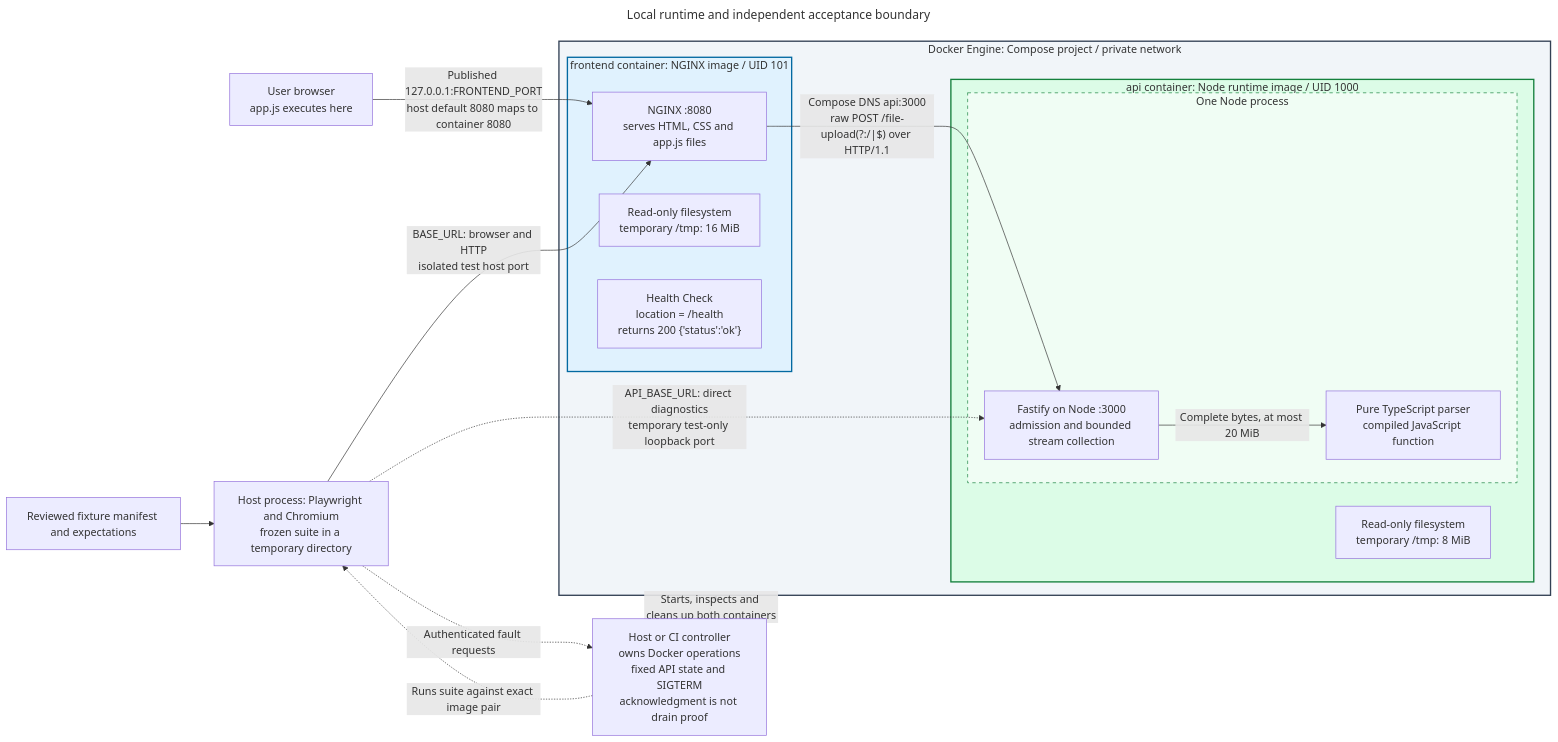
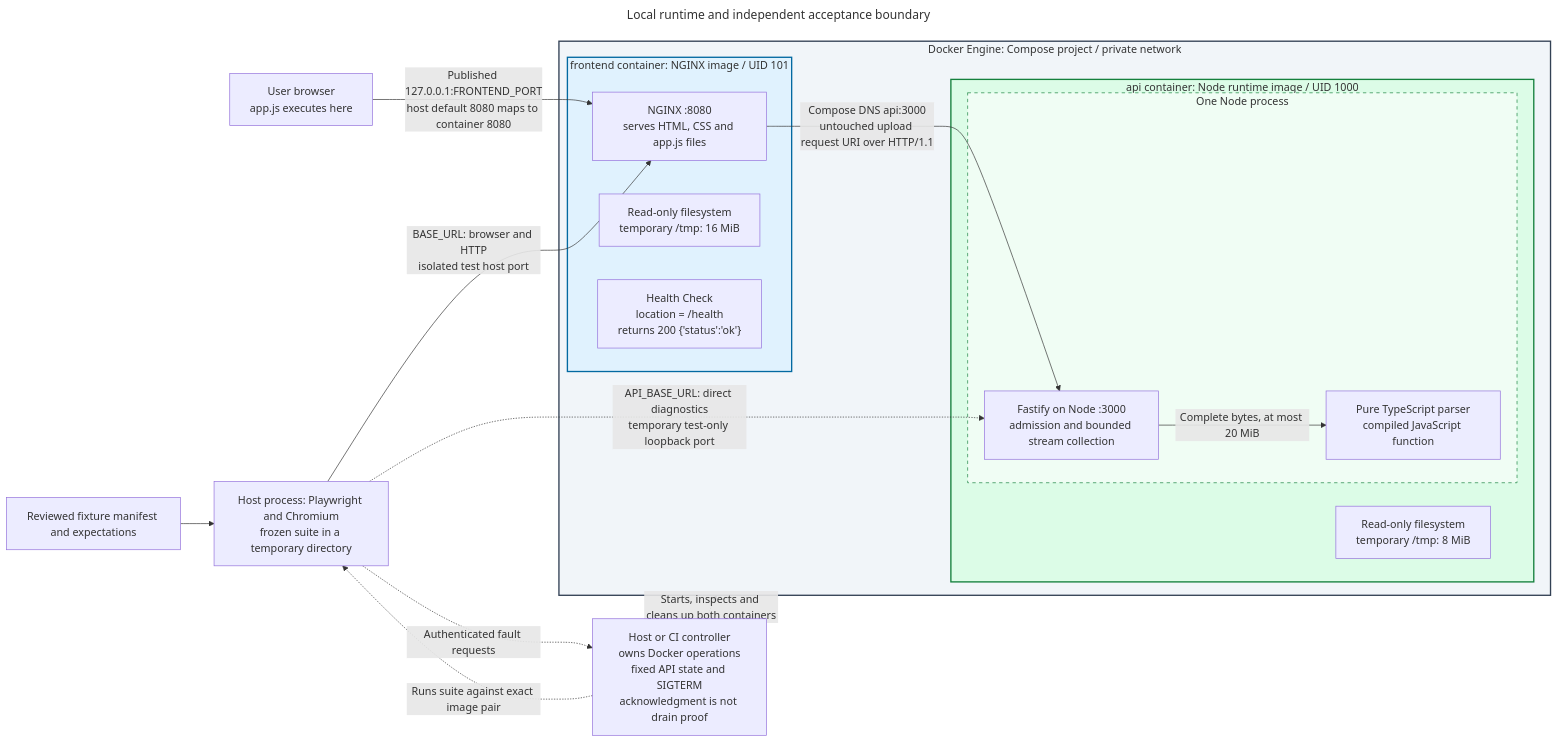
Before and after one commit to brobro10000/mp3-frame-counter: the diagram in docs/architecture/diagrams/runtime.mmd, drawn with Mermaid. The commit also changed 1 other file, not shown here.

Commit message:
docs(architecture): preserve upload URI and current release flow

```diff
--- a/docs/architecture/diagrams/runtime.mmd
+++ b/docs/architecture/diagrams/runtime.mmd
@@ -1,55 +1,55 @@
 ---
 title: Local runtime and independent acceptance boundary
 query: >-
   Show Docker wrapping exactly two independently built application images as
   Compose containers. Nest NGINX and its static assets inside the frontend
   container, and Fastify transport plus parser inside one Node process in the
   API container. Put both containers inside Docker's Compose network. Keep
   browser JavaScript, the host controller and extracted Playwright/Chromium
   runner outside Docker. Distinguish published loopback host port from internal
   frontend port 8080 and private API port 3000, with a separate test-only
   loopback binding for direct API diagnostics. Show source-defined runtime
   users, read-only filesystems, temporary mounts and bounded in-process parsing.
   Do not imply a third parser/test container, Node frontend runtime or cloud
   deployment. Keep fixed API lifecycle readback and SIGTERM inside the host
   controller; command acknowledgment does not prove graceful drain.
 references:
   - 'File: /compose.yaml'
   - 'File: /frontend/Dockerfile'
   - 'File: /frontend/nginx.conf.template'
   - 'File: /server/Dockerfile'
   - 'File: /server/src/http.ts'
   - 'File: /server/src/mp3.ts'
   - 'File: /scripts/run-e2e.mjs'
   - 'File: /scripts/e2e-controller.mjs'
 generationTime: '2026-10-11T12:03:32.430Z'
 ---
 flowchart LR
     B["User browser<br/>app.js executes here"]
     subgraph DOCKER["Docker Engine: Compose project / private network"]
         subgraph FRONT["frontend container: NGINX image / UID 101"]
             F["NGINX :8080<br/>serves HTML, CSS and app.js files"]
             FS["Read-only filesystem<br/>temporary /tmp: 16 MiB"]
             H["Health Check<br/>location = /health<br/>returns 200 {'status':'ok'}"]
         end
         subgraph BACK["api container: Node runtime image / UID 1000"]
             subgraph NODE["One Node process"]
                 A["Fastify on Node :3000<br/>admission and bounded stream collection"]
                 P["Pure TypeScript parser<br/>compiled JavaScript function"]
                 A -->|"Complete bytes, at most 20 MiB"| P
             end
             AS["Read-only filesystem<br/>temporary /tmp: 8 MiB"]
         end
-        F -->|"Compose DNS api:3000<br/>raw POST /file-upload(?:/|$) over HTTP/1.1"| A
+        F -->|"Compose DNS api:3000<br/>untouched upload request URI over HTTP/1.1"| A
     end
     B -->|"Published 127.0.0.1:FRONTEND_PORT<br/>host default 8080 maps to container 8080"| F
     T["Host process: Playwright and Chromium<br/>frozen suite in a temporary directory"] -->|"BASE_URL: browser and HTTP<br/>isolated test host port"| F
     T -.->|"API_BASE_URL: direct diagnostics<br/>temporary test-only loopback port"| A
     O["Reviewed fixture manifest and expectations"] --> T
     C["Host or CI controller<br/>owns Docker operations<br/>fixed API state and SIGTERM<br/>acknowledgment is not drain proof"] -.->|"Starts, inspects and cleans up both containers"| DOCKER
     C -.->|"Runs suite against exact image pair"| T
     T -.->|"Authenticated fault requests"| C
     style DOCKER fill:#f1f5f9,stroke:#334155,stroke-width:2px
     style FRONT fill:#e0f2fe,stroke:#0369a1,stroke-width:2px
     style BACK fill:#dcfce7,stroke:#15803d,stroke-width:2px
     style NODE fill:#f0fdf4,stroke:#15803d,stroke-dasharray:5 5
```
